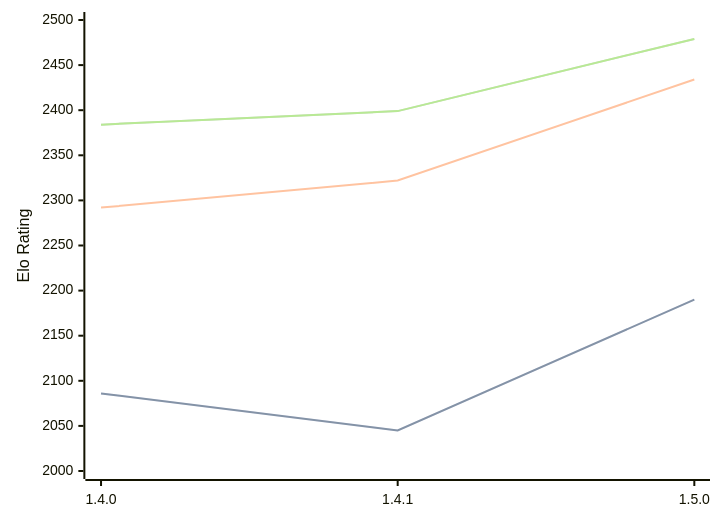
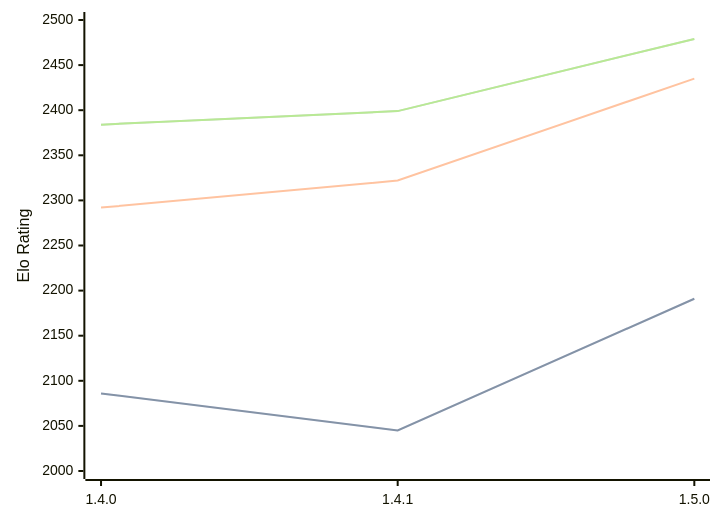
Before and after one commit to computer-chess-index/cci: the diagram in engines/Tofiks.md, drawn with Mermaid. The commit also changed other lines of this file, not shown here.

````diff
--- a/engines/Tofiks.md
+++ b/engines/Tofiks.md
@@ -33,11 +33,11 @@
 ```mermaid
 %%{init: {"theme":"base","themeVariables":{"seriesColors:['#a3a3a3','#222221','#faa371']}}}%%
 xychart-beta
   x-axis ["1.4.0", "1.4.1", "1.5.0"]
   y-axis "Elo Rating" 2000 --> 2500
-  line "" [2086, 2045, 2190]
-  line "STC (8.0+0.08s)" [2086, 2045, 2190]
-  line "LTC (60.0+0.60s)" [2292, 2322, 2434]
+  line "" [2086, 2045, 2191]
+  line "STC (8.0+0.08s)" [2086, 2045, 2191]
+  line "LTC (60.0+0.60s)" [2292, 2322, 2435]
   line "" [2384, 2399, 2479]
   line "VLTC (2m24s+1.12s)" [2384, 2399, 2479]
 ```
````
